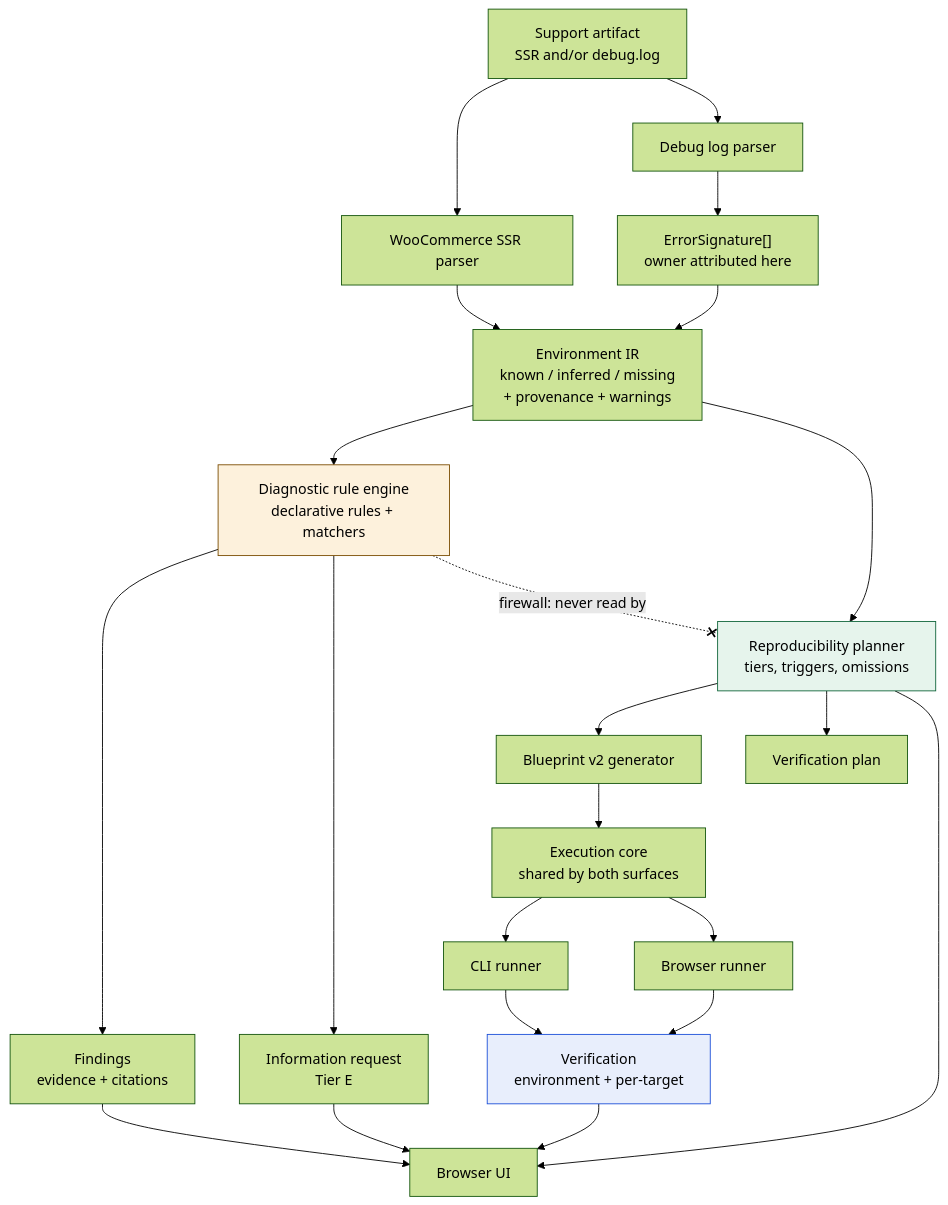
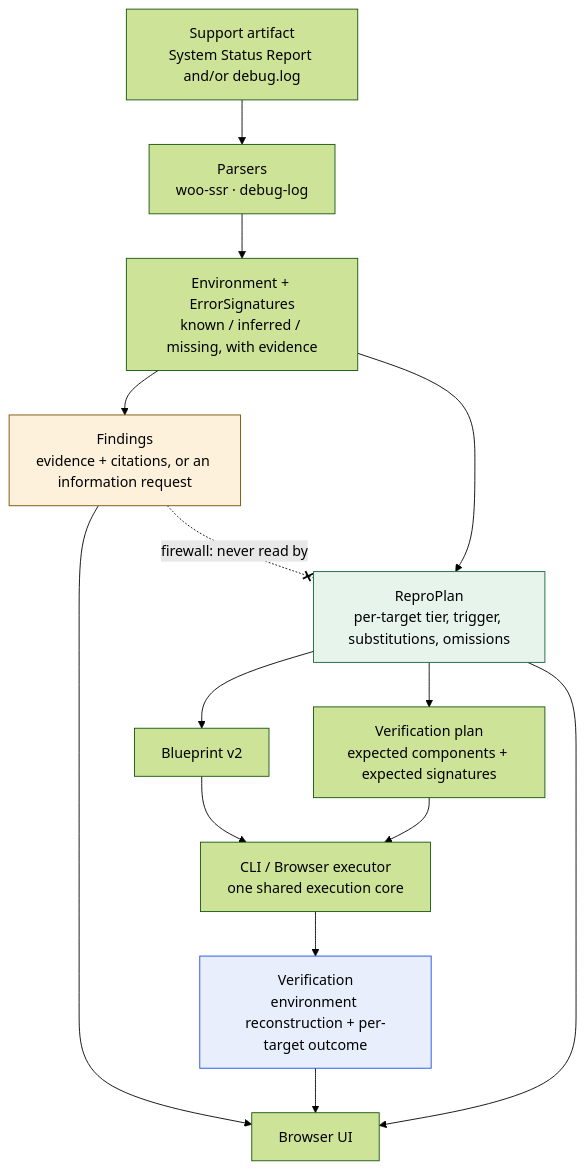
The diagram in README.md (lucyeos07/wordpress-support-reproduction-engine), drawn with Mermaid (forest theme) before and after one commit. The commit also changed other lines of this file, not shown here.

Commit message:
Correct two inaccuracies in the README architecture diagram
The diagram showed the shared execution core dispatching to the CLI and browser
runners; the dependency runs the other way — each runner boots an instance and
hands it to the core. It also left the verification plan dangling, when it is an
input to the executor alongside the Blueprint.

Redrawn in the simpler artifact → parser → environment → plan → blueprint →
executor → verification shape, keeping the firewall edge and adding a note that
both executors are one implementation whose parity is measured rather than
assumed.

````diff
--- a/README.md
+++ b/README.md
@@ -106,33 +106,25 @@
 ```mermaid
 flowchart TD
-  A["Support artifact<br/>SSR and/or debug.log"] --> P1["WooCommerce SSR parser"]
-  A --> P2["Debug log parser"]
-  P1 --> IR["Environment IR<br/>known / inferred / missing<br/>+ provenance + warnings"]
-  P2 --> SIG["ErrorSignature[]<br/>owner attributed here"]
-  SIG --> IR
+  A["Support artifact<br/>System Status Report and/or debug.log"] --> B["Parsers<br/>woo-ssr · debug-log"]
+  B --> C["Environment + ErrorSignatures<br/>known / inferred / missing, with evidence"]
 
-  IR --> RULES["Diagnostic rule engine<br/>declarative rules + matchers"]
-  RULES --> F["Findings<br/>evidence + citations"]
-  RULES --> IREQ["Information request<br/>Tier E"]
+  C --> D["Findings<br/>evidence + citations, or an information request"]
+  C --> E["ReproPlan<br/>per-target tier, trigger, substitutions, omissions"]
 
-  IR --> PLAN["Reproducibility planner<br/>tiers, triggers, omissions"]
-  PLAN --> BP["Blueprint v2 generator"]
-  PLAN --> VP["Verification plan"]
+  E --> F["Blueprint v2"]
+  E --> VP["Verification plan<br/>expected components + expected signatures"]
 
-  BP --> EXEC["Execution core<br/>shared by both surfaces"]
-  EXEC --> CLI["CLI runner"]
-  EXEC --> BROWSER["Browser runner"]
-  CLI --> VER["Verification<br/>environment + per-target"]
-  BROWSER --> VER
+  F --> G["CLI / Browser executor<br/>one shared execution core"]
+  VP --> G
+  G --> H["Verification<br/>environment reconstruction + per-target outcome"]
 
-  F --> UI["Browser UI"]
-  IREQ --> UI
-  PLAN --> UI
-  VER --> UI
+  D --> UI["Browser UI"]
+  E --> UI
+  H --> UI
 
-  RULES -. "firewall: never read by" .-x PLAN
+  D -. "firewall: never read by" .-x E
 
-  style RULES fill:#fdf1dc,stroke:#7a4b00
-  style PLAN fill:#e6f4ec,stroke:#10653a
-  style VER fill:#e8eefc,stroke:#1b4fd8
+  style D fill:#fdf1dc,stroke:#7a4b00
+  style E fill:#e6f4ec,stroke:#10653a
+  style H fill:#e8eefc,stroke:#1b4fd8
 ```
````
